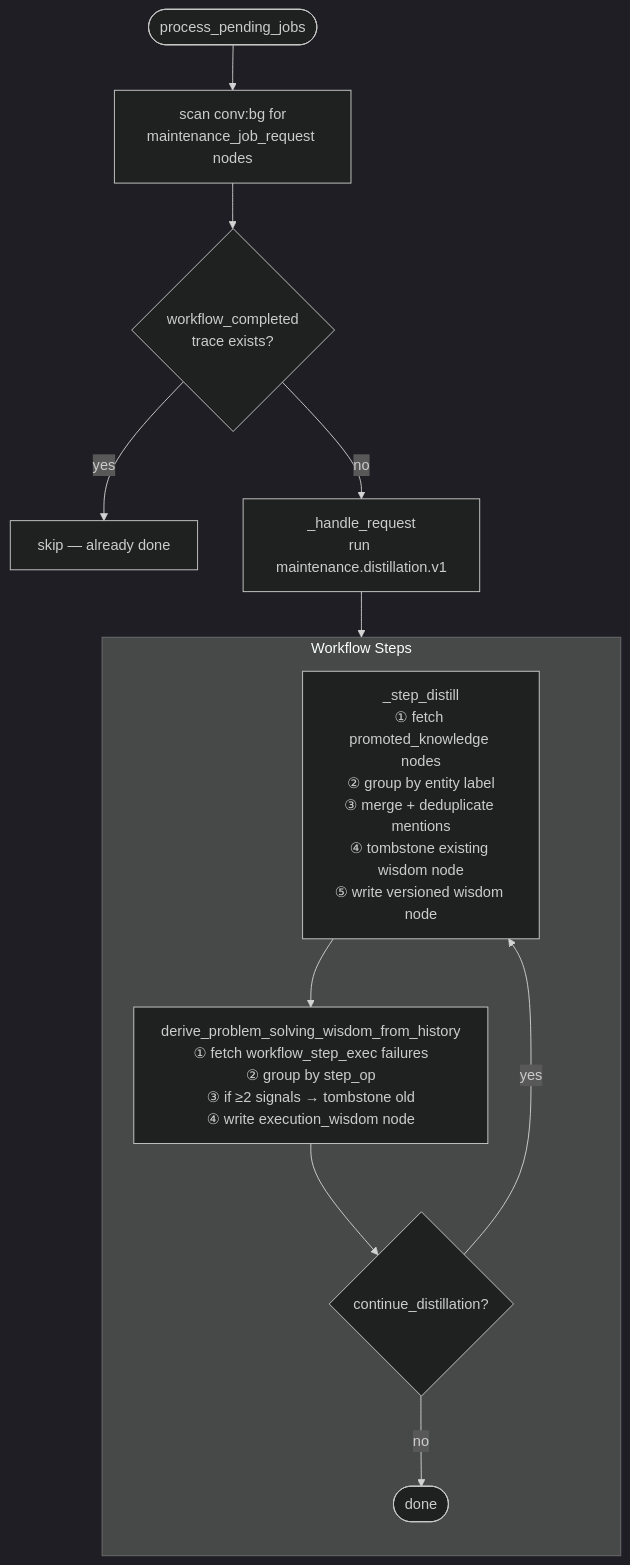
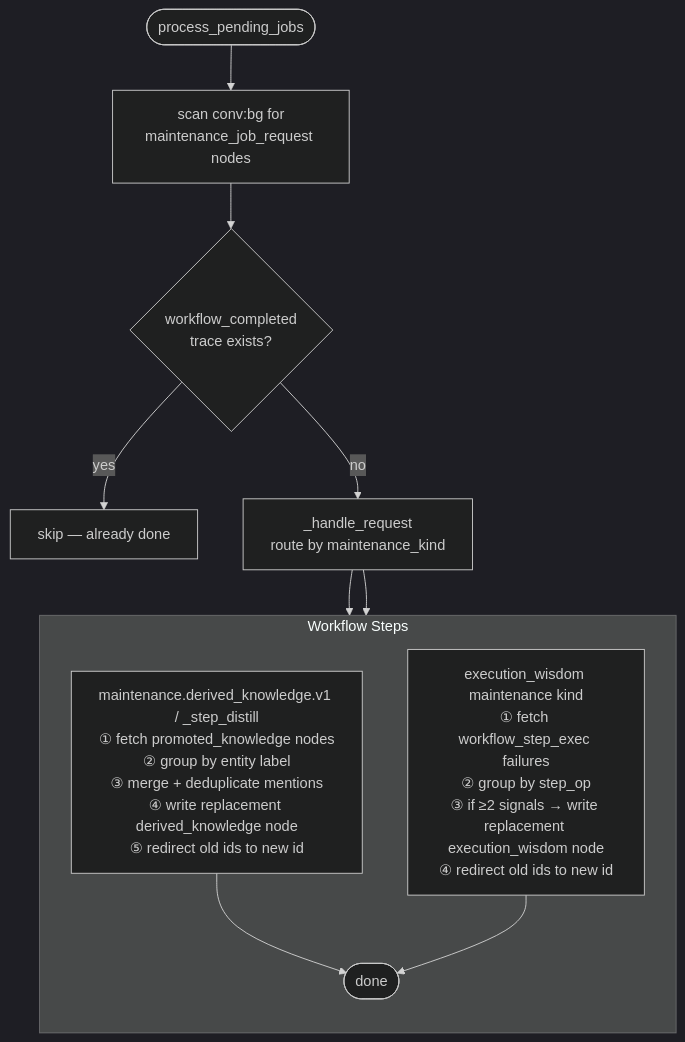
The fourth of 7 diagrams in doc/diagrams.md (humblemat810/kogwistar-llm-wiki), drawn with Mermaid (dark theme) before and after one commit. The commit also changed 7 other files, not shown here.

Commit message:
refactor: execution_wisdom

````diff
--- a/doc/diagrams.md
+++ b/doc/diagrams.md
@@ -93,23 +93,21 @@
 ```mermaid
 flowchart TD
     START([process_pending_jobs])
     FIND["scan conv:bg for\nmaintenance_job_request nodes"]
     TRACE{"workflow_completed\ntrace exists?"}
     SKIP["skip — already done"]
-    RUN["_handle_request\nrun maintenance.distillation.v1"]
+    RUN["_handle_request\nroute by maintenance_kind"]
 
     subgraph Workflow Steps
         direction TB
-        D1["_step_distill\n① fetch promoted_knowledge nodes\n② group by entity label\n③ merge + deduplicate mentions\n④ tombstone existing wisdom node\n⑤ write versioned wisdom node"]
-        D2["derive_problem_solving_wisdom_from_history\n① fetch workflow_step_exec failures\n② group by step_op\n③ if ≥2 signals → tombstone old\n④ write execution_wisdom node"]
-        CHECK{"continue_distillation?"}
+        D1["maintenance.derived_knowledge.v1 / _step_distill\n① fetch promoted_knowledge nodes\n② group by entity label\n③ merge + deduplicate mentions\n④ write replacement derived_knowledge node\n⑤ redirect old ids to new id"]
+        D2["execution_wisdom maintenance kind\n① fetch workflow_step_exec failures\n② group by step_op\n③ if ≥2 signals → write replacement execution_wisdom node\n④ redirect old ids to new id"]
         DONE([done])
     end
 
     START --> FIND --> TRACE
     TRACE -->|yes| SKIP
     TRACE -->|no| RUN
-    RUN --> D1 --> D2 --> CHECK
-    CHECK -->|yes| D1
-    CHECK -->|no| DONE
+    RUN --> D1 --> DONE
+    RUN --> D2 --> DONE
 ```
````
